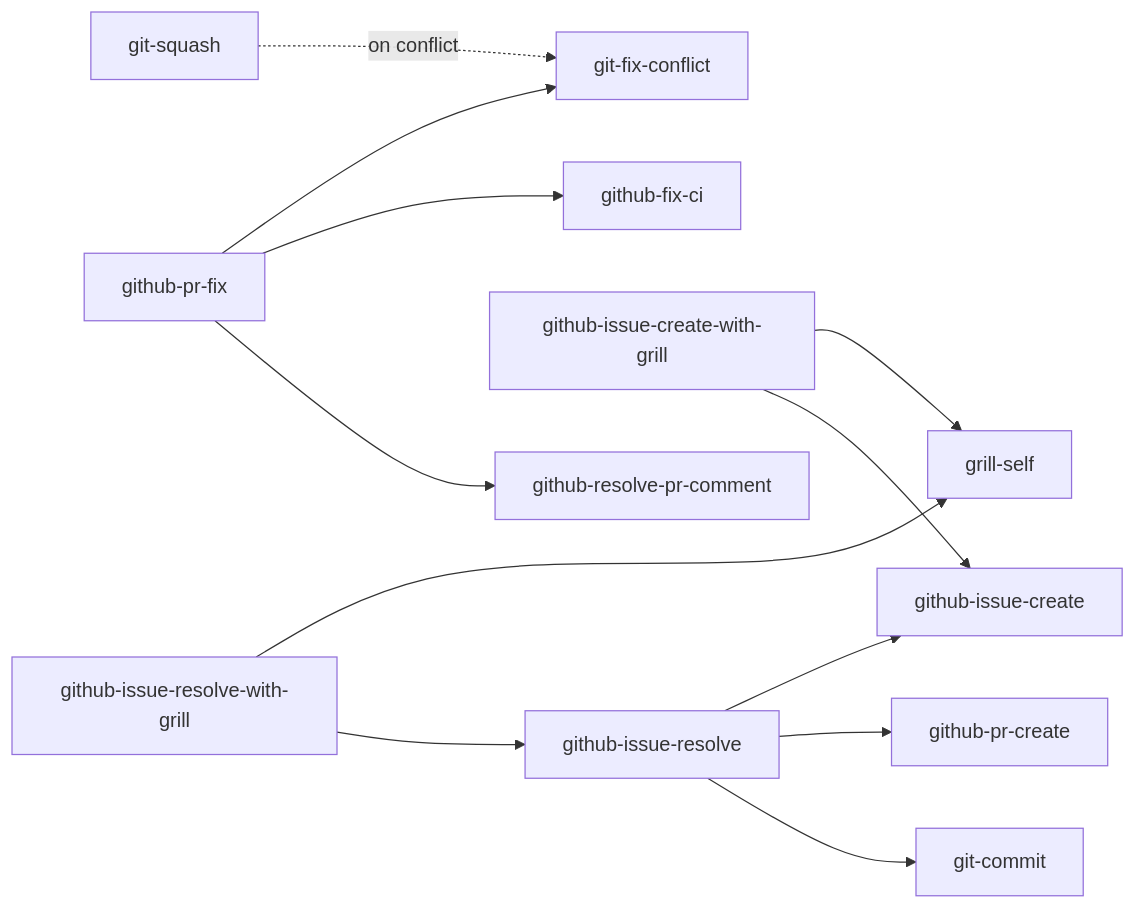
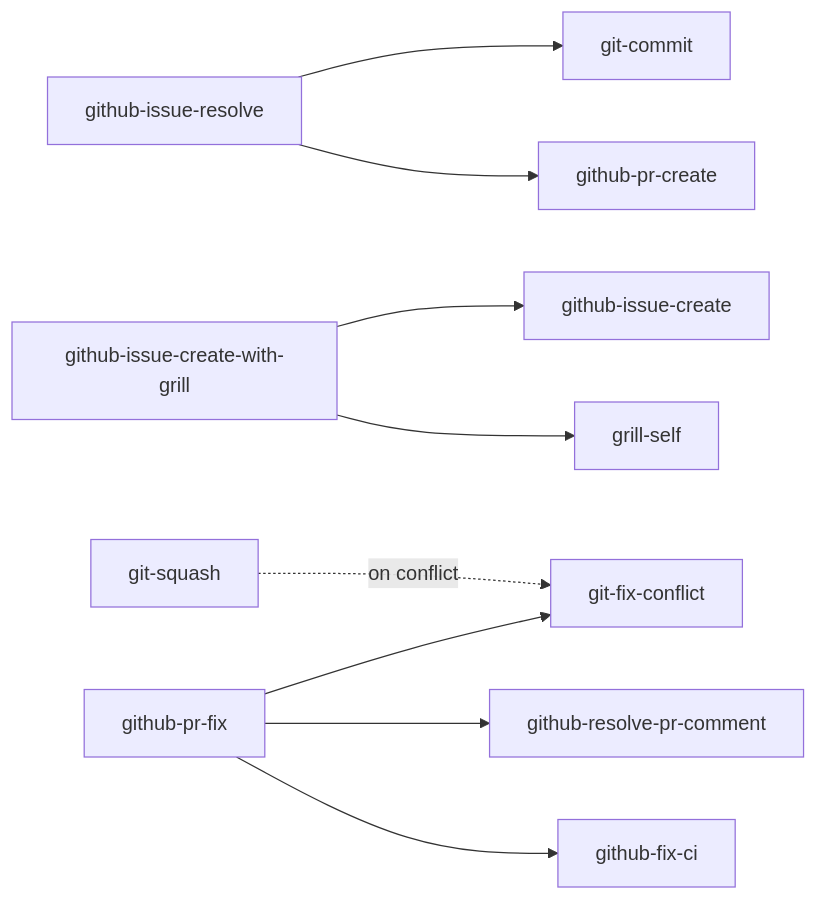
One commit to mjun0812/dotfiles changed the diagram in doc/skills.md. Above: the diagram before and after it, drawn with Mermaid. The commit also changed other lines of this file and 1 other file, not shown here.

````diff
--- a/doc/skills.md
+++ b/doc/skills.md
@@ -100,18 +100,14 @@
 ```mermaid
 graph LR
     git-squash -. on conflict .-> git-fix-conflict
 
-    github-issue-resolve --> github-issue-create
     github-issue-resolve --> github-pr-create
     github-issue-resolve --> git-commit
 
     github-issue-create-with-grill --> grill-self
     github-issue-create-with-grill --> github-issue-create
 
-    github-issue-resolve-with-grill --> grill-self
-    github-issue-resolve-with-grill --> github-issue-resolve
-
     github-pr-fix --> git-fix-conflict
     github-pr-fix --> github-fix-ci
     github-pr-fix --> github-resolve-pr-comment
 ```
````
